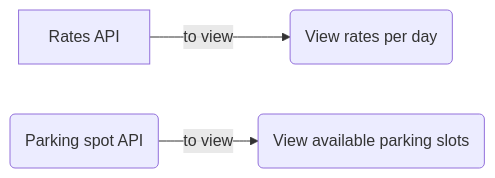
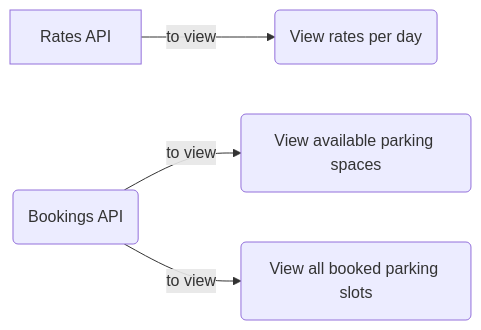
One commit to alsyedz-examples/parking-system changed the diagram in README.md. Above: the diagram before and after it, drawn with Mermaid.

````diff
--- a/README.md
+++ b/README.md
@@ -25,5 +25,6 @@
 ```mermaid
 graph LR
 A[Rates API] -- to view --> B(View rates per day)
-C(Parking spot API) -- to view --> D(View available parking slots)
+C(Parking spots API) -- to view --> D(View available parking spaces)
+C(Bookings API) -- to view --> E(View all booked parking slots)
 ```
````
